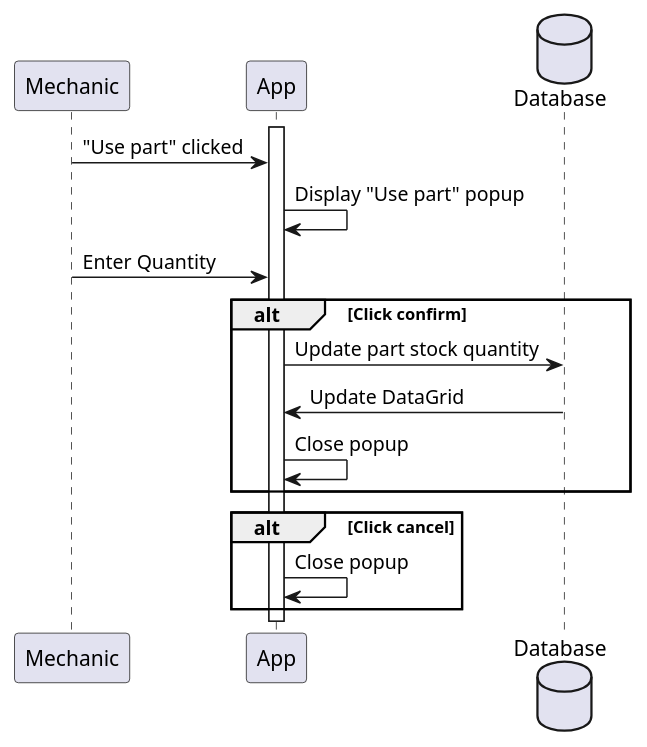
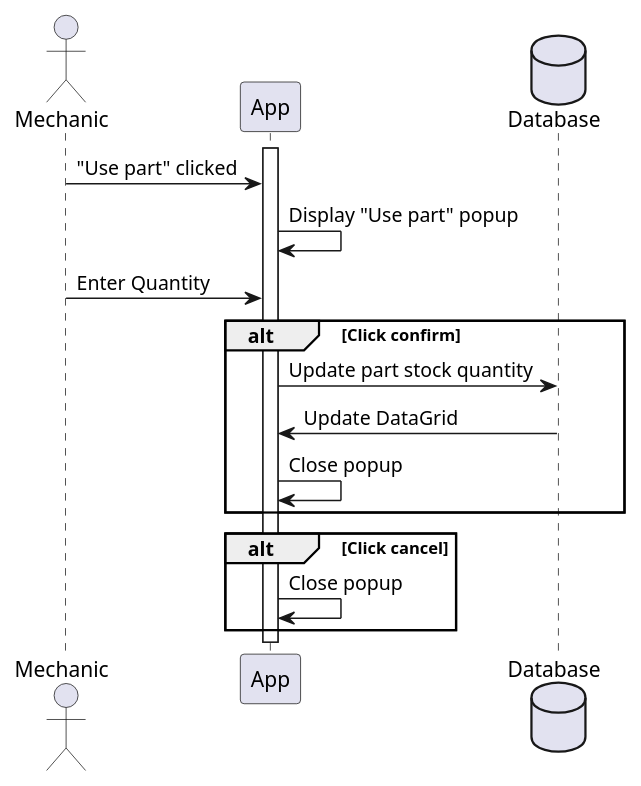
One commit to fred-corp/Bovelo_PG3L_ECAM changed the diagram in diagrams/Current/PlantUML/sequence/sequence_mechanic_stock.plantuml. Above: the diagram before and after it, drawn with PlantUML. The commit also changed 2 other files, not shown here.

```diff
--- a/diagrams/Current/PlantUML/sequence/sequence_mechanic_stock.plantuml
+++ b/diagrams/Current/PlantUML/sequence/sequence_mechanic_stock.plantuml
@@ -1,19 +1,19 @@
 @startuml
-participant Mechanic as a
+actor Mechanic as a
 participant App as b
 database Database as c
 activate b
 a -> b : "Use part" clicked
 b -> b : Display "Use part" popup
 a -> b: Enter Quantity
 
 alt Click confirm
 b -> c : Update part stock quantity
 c -> b : Update DataGrid
 b -> b : Close popup
 end
 
 alt Click cancel
 b -> b : Close popup
 end
 @enduml
```
